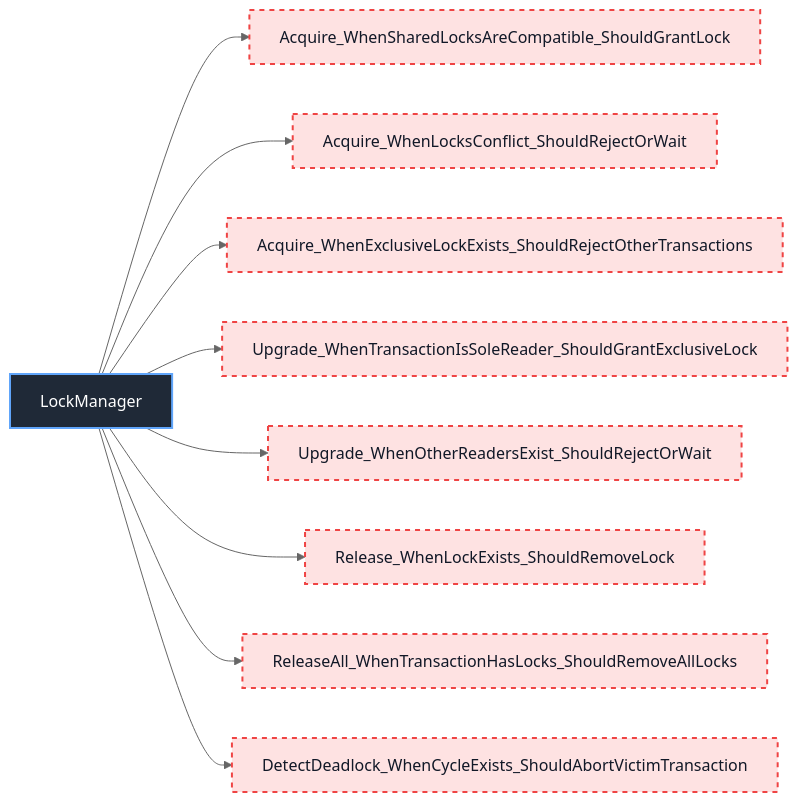
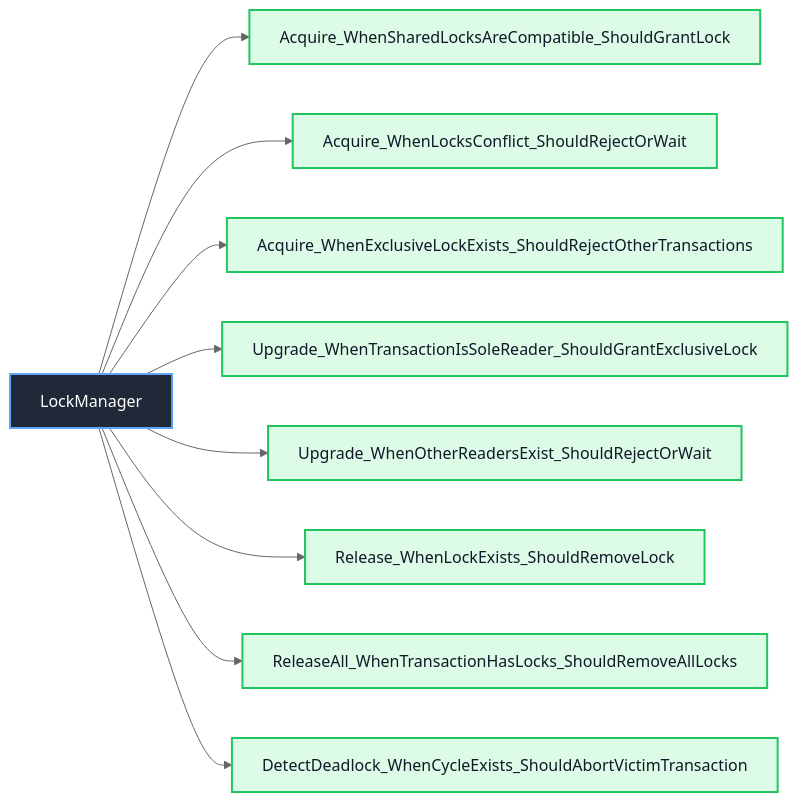
Diagram 17 of 31 in docs/unit-test/README.md (manaxpow/DBMS), drawn with Mermaid (neutral theme) before and after one commit. The commit also changed other lines of this file and 5 other files, not shown here.

````diff
--- a/docs/unit-test/README.md
+++ b/docs/unit-test/README.md
@@ -380,20 +380,20 @@
 ```mermaid
 flowchart LR
     Class_LockManager["LockManager"]
 
     Class_LockManager --> LCK_001["Acquire_WhenSharedLocksAreCompatible_ShouldGrantLock"]
     Class_LockManager --> LCK_002["Acquire_WhenLocksConflict_ShouldRejectOrWait"]
     Class_LockManager --> LCK_003["Acquire_WhenExclusiveLockExists_ShouldRejectOtherTransactions"]
     Class_LockManager --> LCK_004["Upgrade_WhenTransactionIsSoleReader_ShouldGrantExclusiveLock"]
     Class_LockManager --> LCK_005["Upgrade_WhenOtherReadersExist_ShouldRejectOrWait"]
     Class_LockManager --> LCK_006["Release_WhenLockExists_ShouldRemoveLock"]
     Class_LockManager --> LCK_007["ReleaseAll_WhenTransactionHasLocks_ShouldRemoveAllLocks"]
     Class_LockManager --> LCK_008["DetectDeadlock_WhenCycleExists_ShouldAbortVictimTransaction"]
 
     classDef classNode fill:#1f2937,stroke:#60a5fa,color:#ffffff,stroke-width:2px
     classDef completedTest fill:#dcfce7,stroke:#22c55e,color:#111827,stroke-width:2px
     classDef missingTest fill:#fee2e2,stroke:#ef4444,color:#111827,stroke-width:2px,stroke-dasharray: 5 5
 
     class Class_LockManager classNode
-    class LCK_001,LCK_002,LCK_003,LCK_004,LCK_005,LCK_006,LCK_007,LCK_008 missingTest
+    class LCK_001,LCK_002,LCK_003,LCK_004,LCK_005,LCK_006,LCK_007,LCK_008 completedTest
 ```
````
